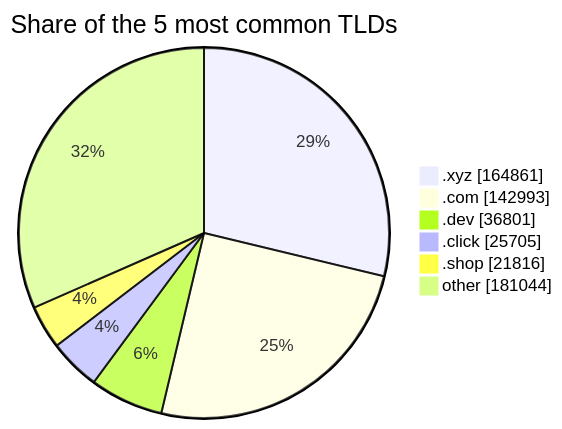
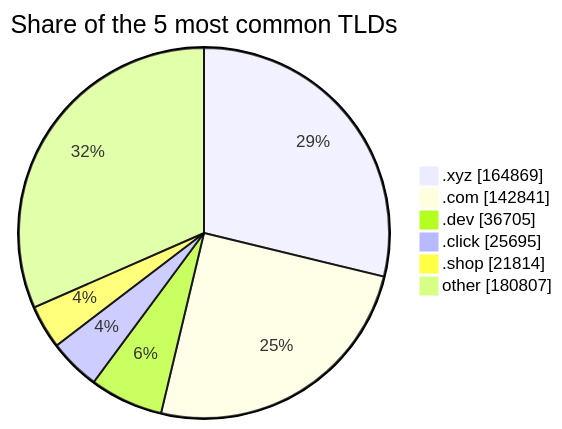
One commit to DNSBunker/CTI changed the third of 3 diagrams in README.md. Above: the diagram before and after it, drawn with Mermaid. The commit also changed other lines of this file and 3 other files, not shown here.

````diff
--- a/README.md
+++ b/README.md
@@ -81,9 +81,9 @@
 ```mermaid
 pie showData title Share of the 5 most common TLDs
-    ".xyz" : 164861
-    ".com" : 142993
-    ".dev" : 36801
-    ".click" : 25705
-    ".shop" : 21816
-    "other" : 181044
+    ".xyz" : 164869
+    ".com" : 142841
+    ".dev" : 36705
+    ".click" : 25695
+    ".shop" : 21814
+    "other" : 180807
 ```
````
